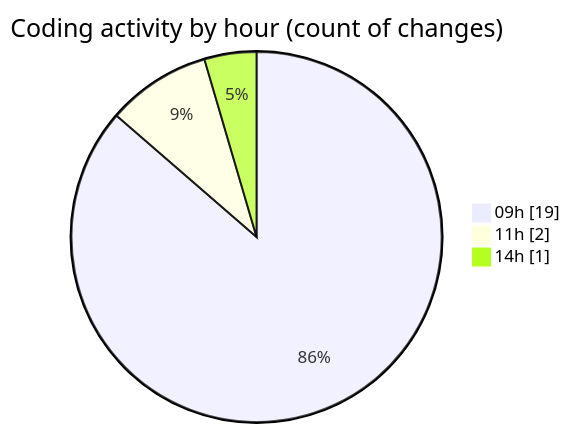
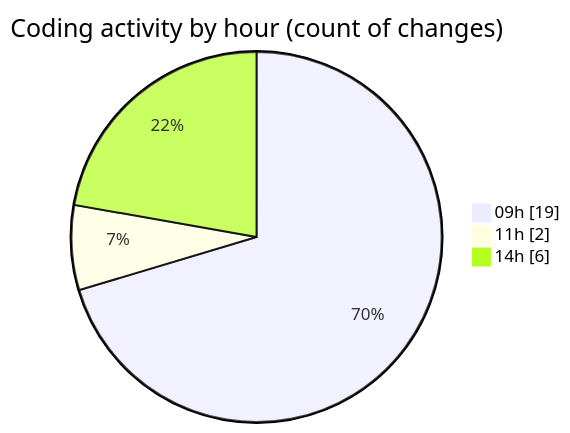
Before and after one commit to LanceThiago/code-tracking: the second of 2 diagrams in 2025-01-10/nueva_carpeta/README.md, drawn with Mermaid. The commit also changed other lines of this file and 1 other file, not shown here.

````diff
--- a/2025-01-10/nueva_carpeta/README.md
+++ b/2025-01-10/nueva_carpeta/README.md
@@ -28,7 +28,7 @@
 ```mermaid
 pie showData
 title Coding activity by hour (count of changes)
 "09h" : 19
 "11h" : 2
-"14h" : 1
+"14h" : 6
 ```
````
